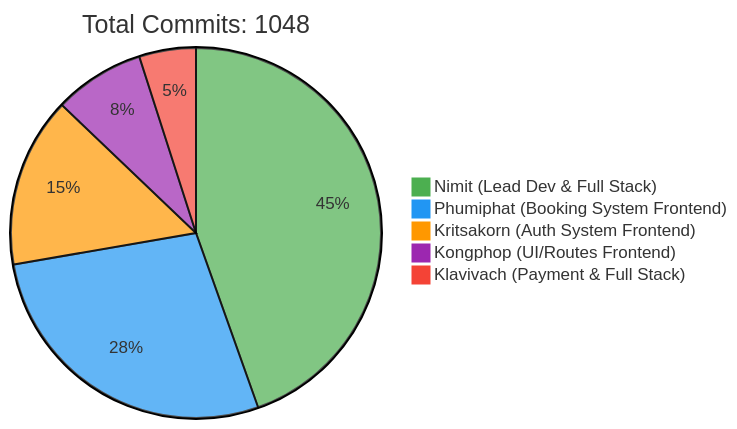
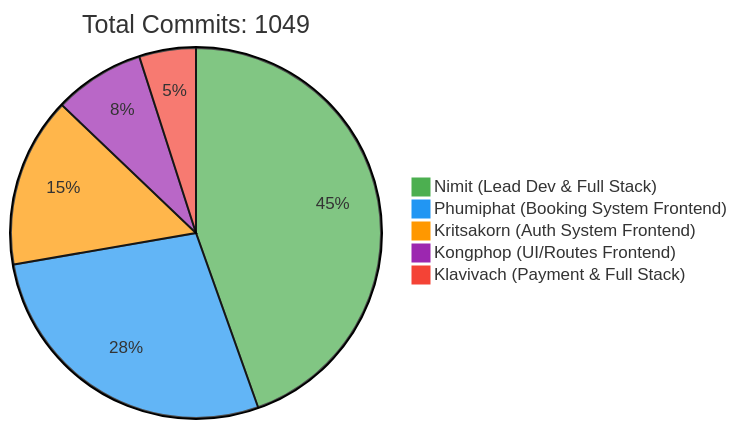
The first of 2 diagrams in README.md (6531503042/Sport-Complex), drawn with Mermaid before and after one commit. The commit also changed other lines of this file, not shown here.

Commit message:
docs: Update contributor statistics [skip ci]

````diff
--- a/README.md
+++ b/README.md
@@ -240,10 +240,10 @@
 ```mermaid
 %%{init: {'theme': 'base', 'themeVariables': { 'pie1': '#4CAF50', 'pie2': '#2196F3', 'pie3': '#FF9800', 'pie4': '#9C27B0', 'pie5': '#F44336'}}}%%
 pie
-    title Total Commits: 1048
+    title Total Commits: 1049
     "Nimit (Lead Dev & Full Stack)" : 450
     "Phumiphat (Booking System Frontend)" : 280
     "Kritsakorn (Auth System Frontend)" : 150
     "Kongphop (UI/Routes Frontend)" : 80
     "Klavivach (Payment & Full Stack)" : 50
 ```
````
